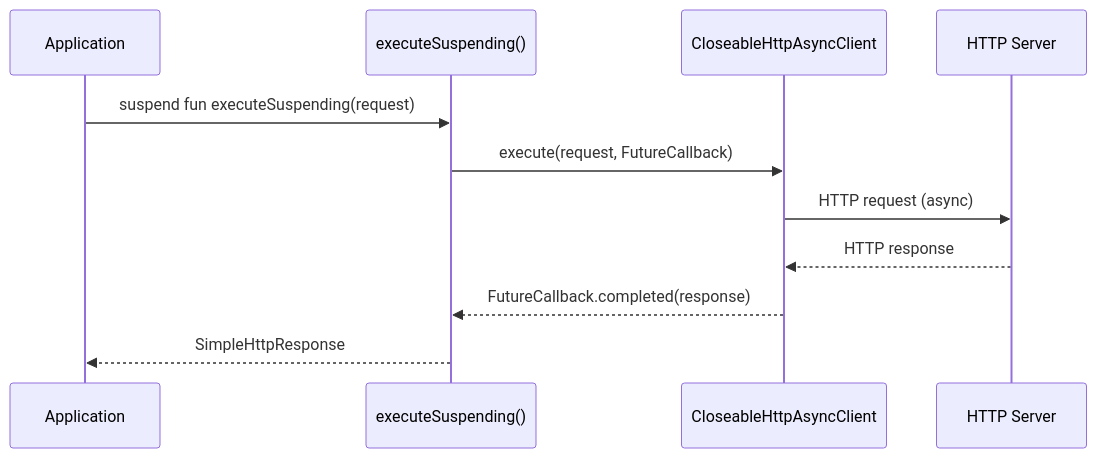
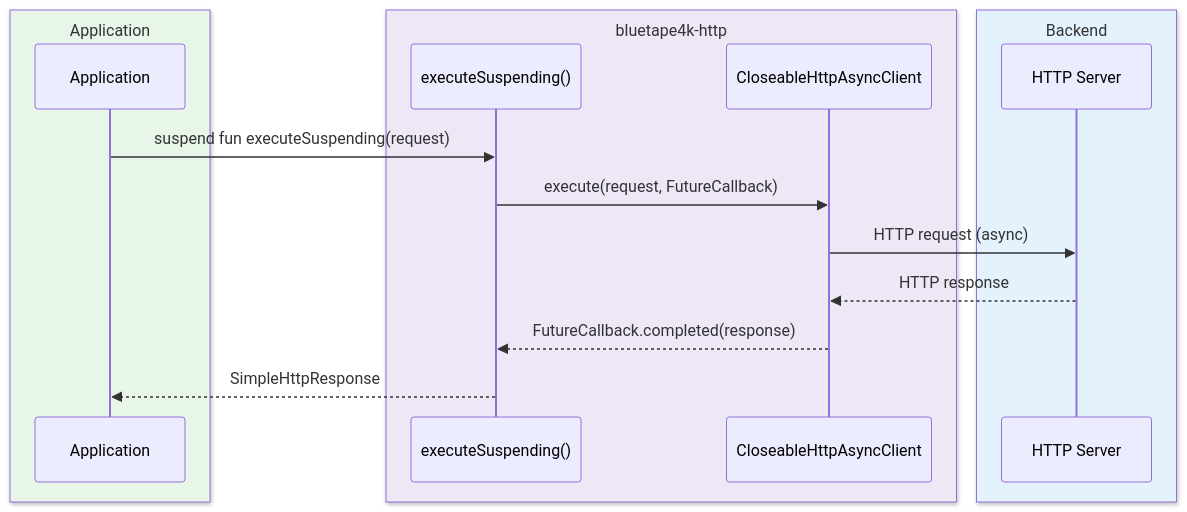
The fourth of 4 diagrams in io/http/README.md (bluetape4k/bluetape4k-projects), drawn with Mermaid before and after one commit. The commit also changed other lines of this file and 221 other files, not shown here.

First line of the commit message:
docs: 전체 모듈 README UML 다이어그램 보강 및 색상 업그레이드

````diff
--- a/io/http/README.md
+++ b/io/http/README.md
@@ -114,14 +138,20 @@
 ```mermaid
 sequenceDiagram
-    participant App as Application
-    participant Ext as executeSuspending()
-    participant HC5 as CloseableHttpAsyncClient
-    participant Server as HTTP Server
+    box rgb(232, 245, 233) Application
+        participant App as Application
+    end
+    box rgb(237, 231, 246) bluetape4k-http
+        participant Ext as executeSuspending()
+        participant HC5 as CloseableHttpAsyncClient
+    end
+    box rgb(227, 242, 253) Backend
+        participant Server as HTTP Server
+    end
 
     App->>Ext: suspend fun executeSuspending(request)
     Ext->>HC5: execute(request, FutureCallback)
     HC5->>Server: HTTP request (async)
     Server-->>HC5: HTTP response
     HC5-->>Ext: FutureCallback.completed(response)
     Ext-->>App: SimpleHttpResponse
 ```
````
